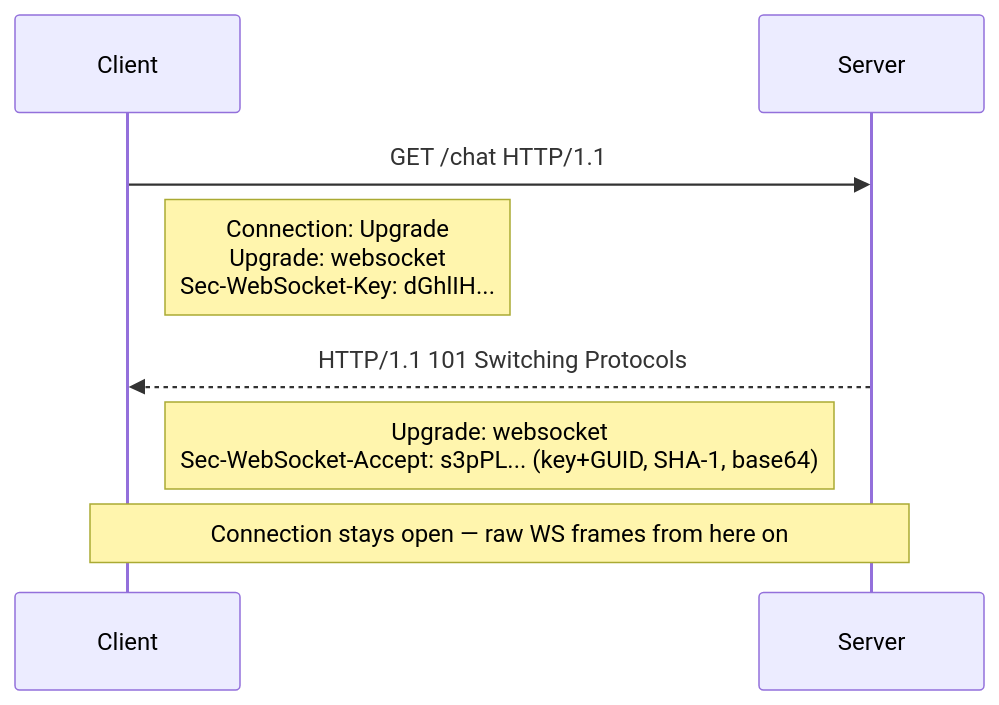
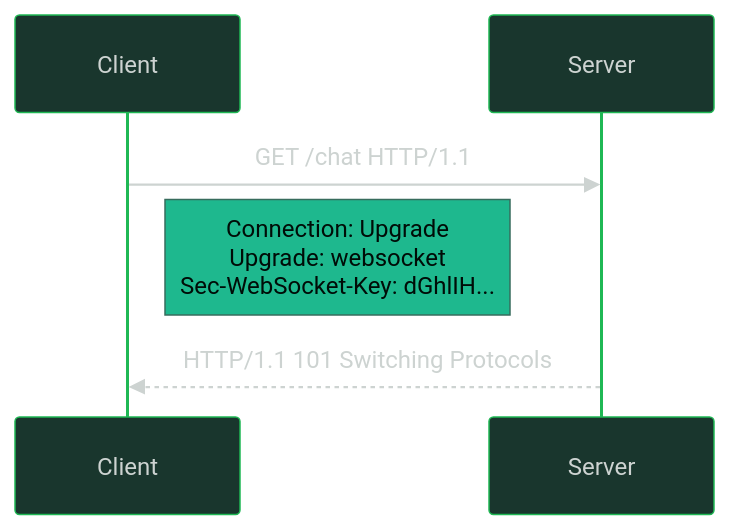
One commit to oat431/swe-knowledge changed the diagram in computing-foundation-note/Computer Networks/03 Infrastructure/033 Realtime Protocols - WebSockets, SSE & gRPC.md. Above: the diagram before and after it, drawn with Mermaid. The commit also changed other lines of this file and 139 other files, not shown here.

````diff
--- a/computing-foundation-note/Computer Networks/03 Infrastructure/033 Realtime Protocols - WebSockets, SSE & gRPC.md
+++ b/computing-foundation-note/Computer Networks/03 Infrastructure/033 Realtime Protocols - WebSockets, SSE & gRPC.md
@@ -34,10 +34,9 @@
 ```mermaid
+%%{init: {'theme':'base','themeVariables':{'actorBkg':'#19362D','actorBorder':'#1FB854','actorTextColor':'#CDD3D1','actorLineColor':'#1FB854','signalColor':'#CDD3D1','signalTextColor':'#CDD3D1','labelBoxBkgColor':'#161212','labelBoxBorderColor':'#1FB854','labelTextColor':'#CDD3D1','loopTextColor':'#CAC9C9','noteBkgColor':'#1EB88E','noteTextColor':'#000C07','activationBkgColor':'#1EB88E','activationBorderColor':'#1FB8AB','sequenceNumberColor':'#000000','background':'#1B1717','titleColor':'#1FB854','edgeLabelBackground':'#161212','fontSize':'14px'}}}%%
 sequenceDiagram
     participant C as Client
     participant S as Server
     C->>S: GET /chat HTTP/1.1
     Note right of C: Connection: Upgrade<br>Upgrade: websocket<br>Sec-WebSocket-Key: dGhlIH...
     S-->>C: HTTP/1.1 101 Switching Protocols
-    Note left of S: Upgrade: websocket<br>Sec-WebSocket-Accept: s3pPL...  (key+GUID, SHA-1, base64)
-    Note over C,S: Connection stays open — raw WS frames from here on
 ```
````
